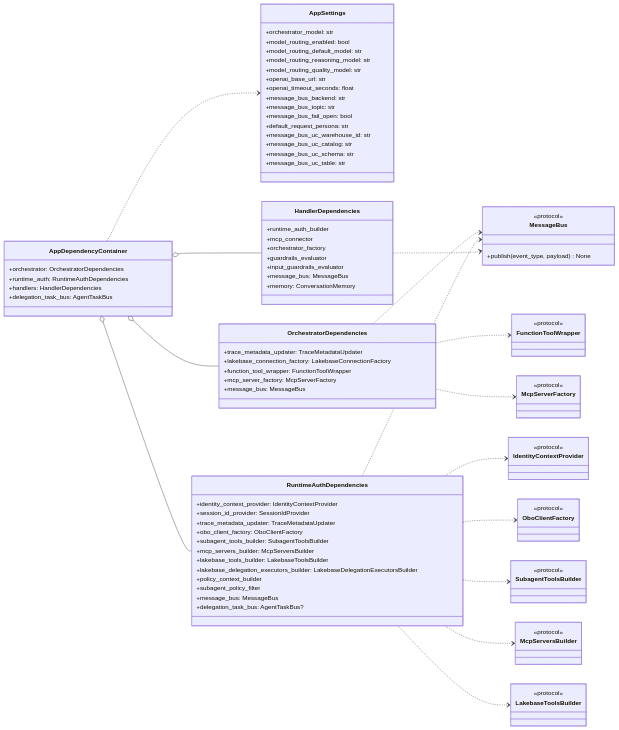
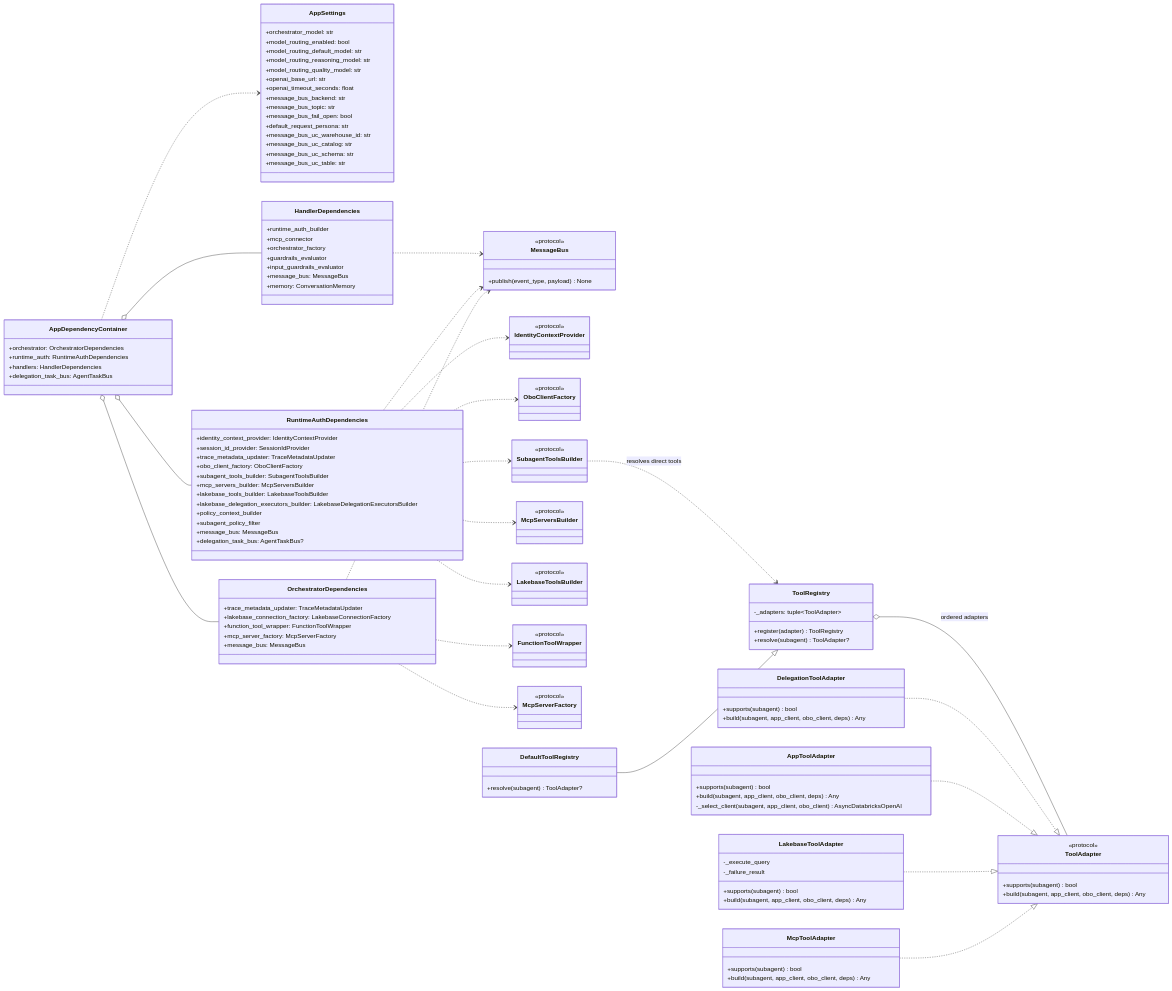
Before and after one commit to wchen-dea/Governed-Multi-Agent-Intelligence-on-Databricks: the second of 6 diagrams in docs/architecture/design-artifacts/08-backend-class-diagram-as-is.md, drawn with Mermaid. The commit also changed 12 other files, not shown here.

```diff
--- a/docs/architecture/design-artifacts/08-backend-class-diagram-as-is.md
+++ b/docs/architecture/design-artifacts/08-backend-class-diagram-as-is.md
@@ -193,6 +193,38 @@
 class McpServerFactory {
     <<protocol>>
 }
+class ToolAdapter {
+    <<protocol>>
+    +supports(subagent) bool
+    +build(subagent, app_client, obo_client, deps) Any
+}
+class McpToolAdapter {
+    +supports(subagent) bool
+    +build(subagent, app_client, obo_client, deps) Any
+}
+class LakebaseToolAdapter {
+    -_execute_query
+    -_failure_result
+    +supports(subagent) bool
+    +build(subagent, app_client, obo_client, deps) Any
+}
+class AppToolAdapter {
+    +supports(subagent) bool
+    +build(subagent, app_client, obo_client, deps) Any
+    -_select_client(subagent, app_client, obo_client) AsyncDatabricksOpenAI
+}
+class DelegationToolAdapter {
+    +supports(subagent) bool
+    +build(subagent, app_client, obo_client, deps) Any
+}
+class ToolRegistry {
+    -_adapters: tuple~ToolAdapter~
+    +register(adapter) ToolRegistry
+    +resolve(subagent) ToolAdapter?
+}
+class DefaultToolRegistry {
+    +resolve(subagent) ToolAdapter?
+}
 
 AppDependencyContainer o-- OrchestratorDependencies
 AppDependencyContainer o-- RuntimeAuthDependencies
@@ -203,6 +235,14 @@
 OrchestratorDependencies ..> FunctionToolWrapper
 OrchestratorDependencies ..> McpServerFactory
 
+McpToolAdapter ..|> ToolAdapter
+LakebaseToolAdapter ..|> ToolAdapter
+AppToolAdapter ..|> ToolAdapter
+DelegationToolAdapter ..|> ToolAdapter
+ToolRegistry o-- ToolAdapter : ordered adapters
+DefaultToolRegistry --|> ToolRegistry
+SubagentToolsBuilder ..> ToolRegistry : resolves direct tools
+
 RuntimeAuthDependencies ..> IdentityContextProvider
 RuntimeAuthDependencies ..> OboClientFactory
 RuntimeAuthDependencies ..> SubagentToolsBuilder
```
